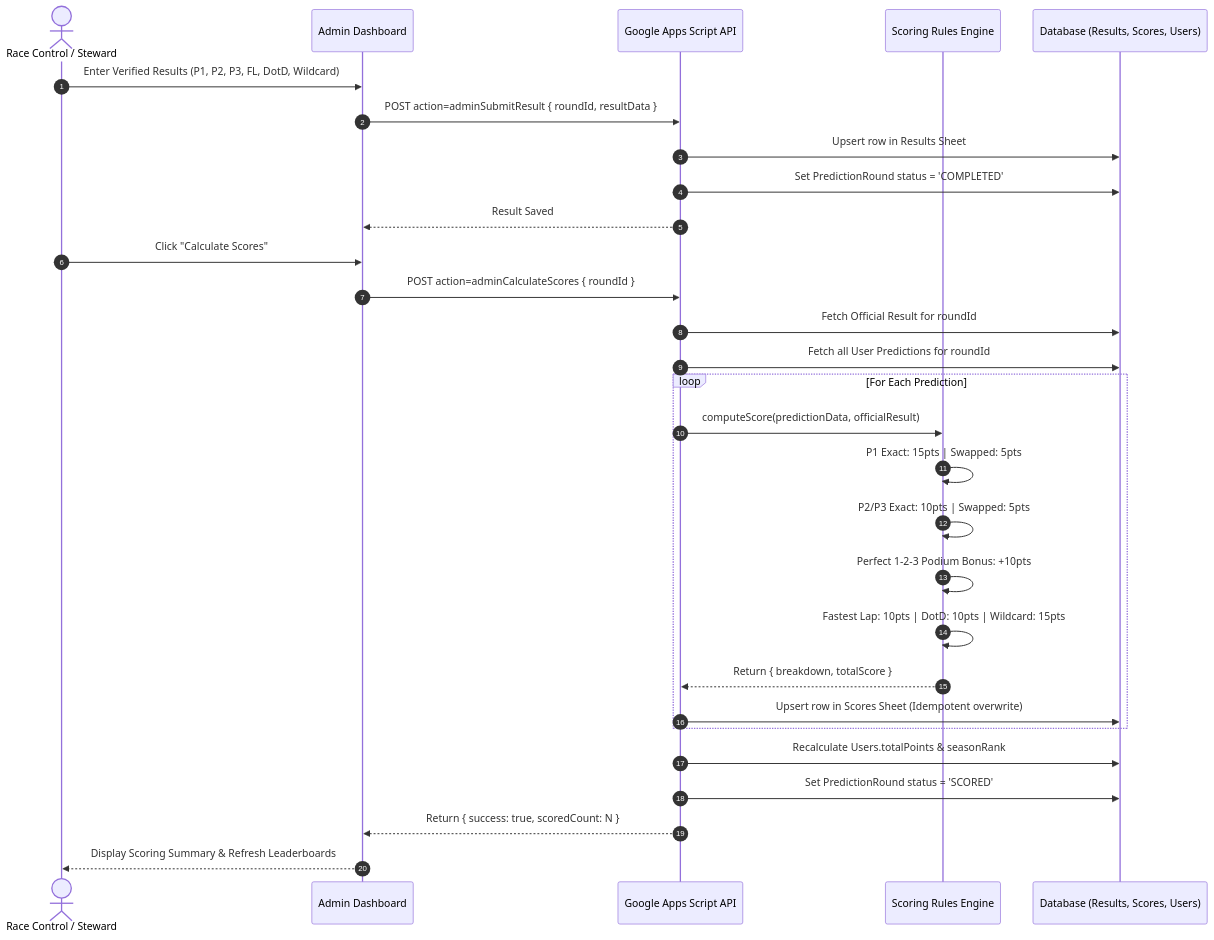
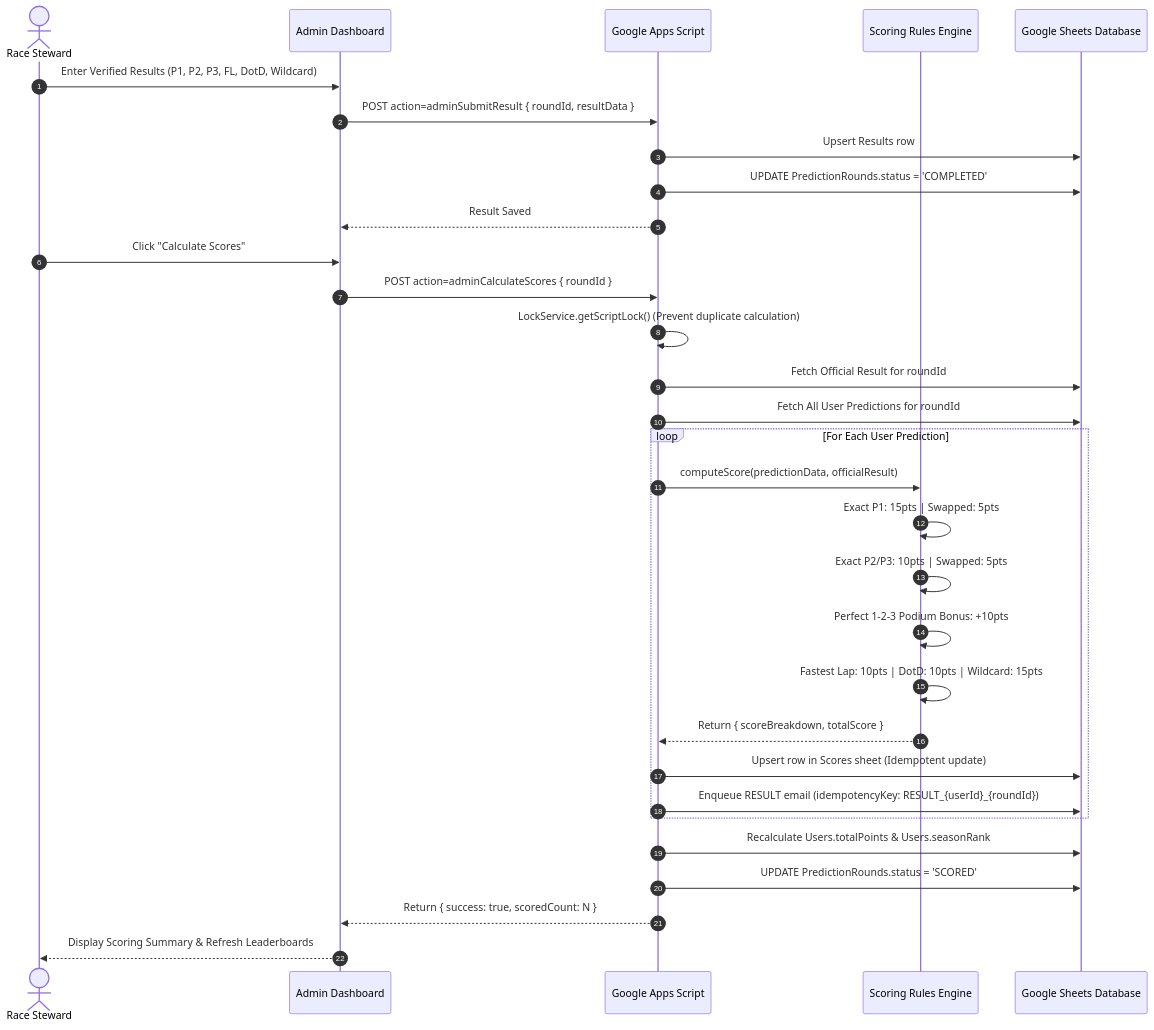
One commit to Hj1418/F1-Prediction-Wall changed the tenth of 15 diagrams in docs/ARCHITECTURE.md. Above: the diagram before and after it, drawn with Mermaid. The commit also changed other lines of this file and 3 other files, not shown here.

Commit message:
docs: comprehensive master technical architecture, C1-C4 diagrams, and cloud topology update

````diff
--- a/docs/ARCHITECTURE.md
+++ b/docs/ARCHITECTURE.md
@@ -426,35 +937,37 @@
 ```mermaid
 sequenceDiagram
     autonumber
-    actor Steward as Race Control / Steward
+    actor Steward as Race Steward
     participant Admin as Admin Dashboard
-    participant Backend as Google Apps Script API
+    participant GAS as Google Apps Script
     participant Engine as Scoring Rules Engine
-    participant Sheet as Database (Results, Scores, Users)
+    participant DB as Google Sheets Database
 
     Steward->>Admin: Enter Verified Results (P1, P2, P3, FL, DotD, Wildcard)
-    Admin->>Backend: POST action=adminSubmitResult { roundId, resultData }
-    Backend->>Sheet: Upsert row in Results Sheet
-    Backend->>Sheet: Set PredictionRound status = 'COMPLETED'
-    Backend-->>Admin: Result Saved
+    Admin->>GAS: POST action=adminSubmitResult { roundId, resultData }
+    GAS->>DB: Upsert Results row
+    GAS->>DB: UPDATE PredictionRounds.status = 'COMPLETED'
+    GAS-->>Admin: Result Saved
 
     Steward->>Admin: Click "Calculate Scores"
-    Admin->>Backend: POST action=adminCalculateScores { roundId }
-    Backend->>Sheet: Fetch Official Result for roundId
-    Backend->>Sheet: Fetch all User Predictions for roundId
+    Admin->>GAS: POST action=adminCalculateScores { roundId }
+    GAS->>GAS: LockService.getScriptLock() (Prevent duplicate calculation)
+    GAS->>DB: Fetch Official Result for roundId
+    GAS->>DB: Fetch All User Predictions for roundId
 
-    loop For Each Prediction
-        Backend->>Engine: computeScore(predictionData, officialResult)
-        Engine->>Engine: P1 Exact: 15pts | Swapped: 5pts
-        Engine->>Engine: P2/P3 Exact: 10pts | Swapped: 5pts
+    loop For Each User Prediction
+        GAS->>Engine: computeScore(predictionData, officialResult)
+        Engine->>Engine: Exact P1: 15pts | Swapped: 5pts
+        Engine->>Engine: Exact P2/P3: 10pts | Swapped: 5pts
         Engine->>Engine: Perfect 1-2-3 Podium Bonus: +10pts
         Engine->>Engine: Fastest Lap: 10pts | DotD: 10pts | Wildcard: 15pts
-        Engine-->>Backend: Return { breakdown, totalScore }
-        Backend->>Sheet: Upsert row in Scores Sheet (Idempotent overwrite)
+        Engine-->>GAS: Return { scoreBreakdown, totalScore }
+        GAS->>DB: Upsert row in Scores sheet (Idempotent update)
+        GAS->>DB: Enqueue RESULT email (idempotencyKey: RESULT_{userId}_{roundId})
     end
 
-    Backend->>Sheet: Recalculate Users.totalPoints & seasonRank
-    Backend->>Sheet: Set PredictionRound status = 'SCORED'
-    Backend-->>Admin: Return { success: true, scoredCount: N }
+    GAS->>DB: Recalculate Users.totalPoints & Users.seasonRank
+    GAS->>DB: UPDATE PredictionRounds.status = 'SCORED'
+    GAS-->>Admin: Return { success: true, scoredCount: N }
     Admin-->>Steward: Display Scoring Summary & Refresh Leaderboards
 ```
````
